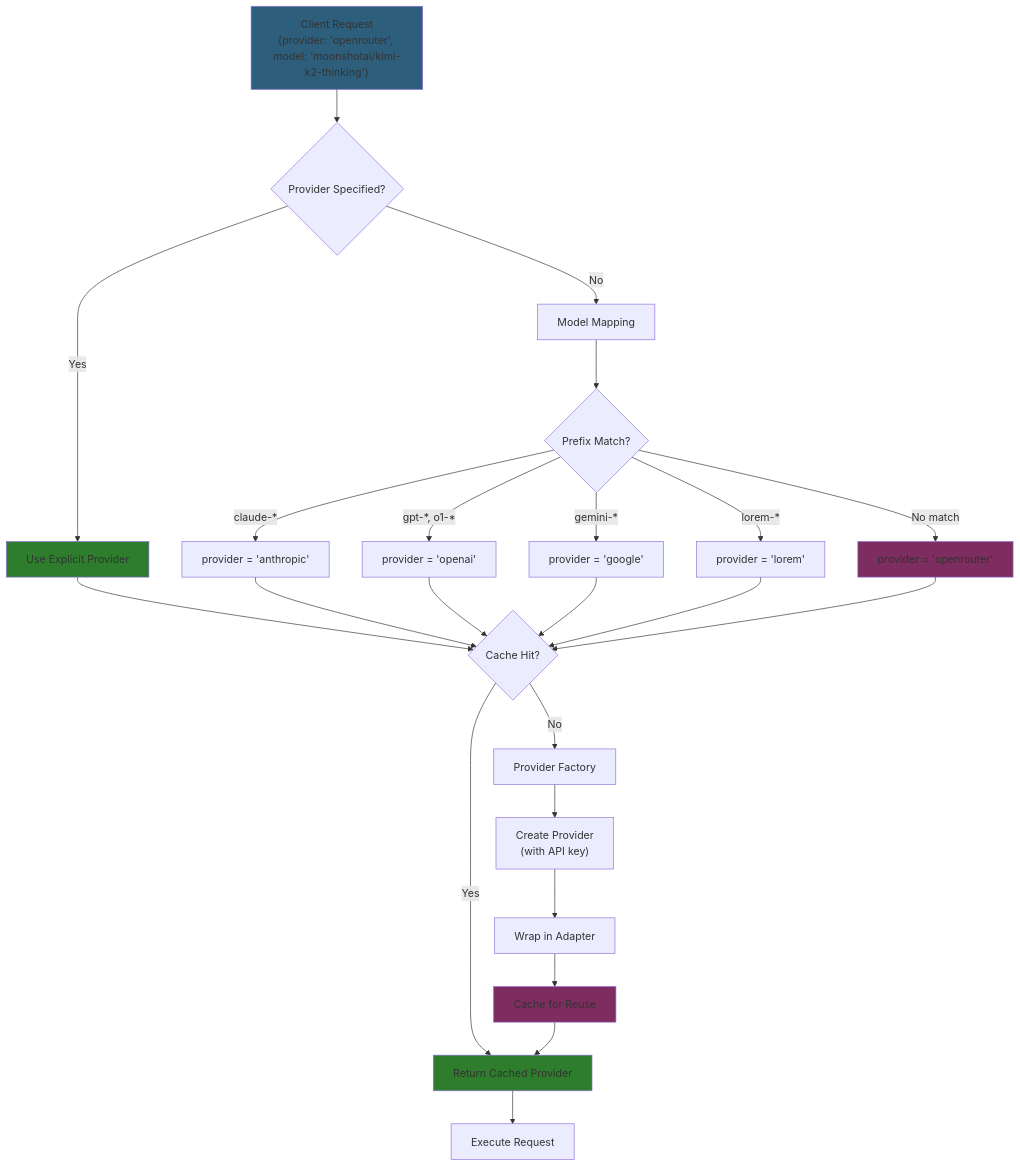
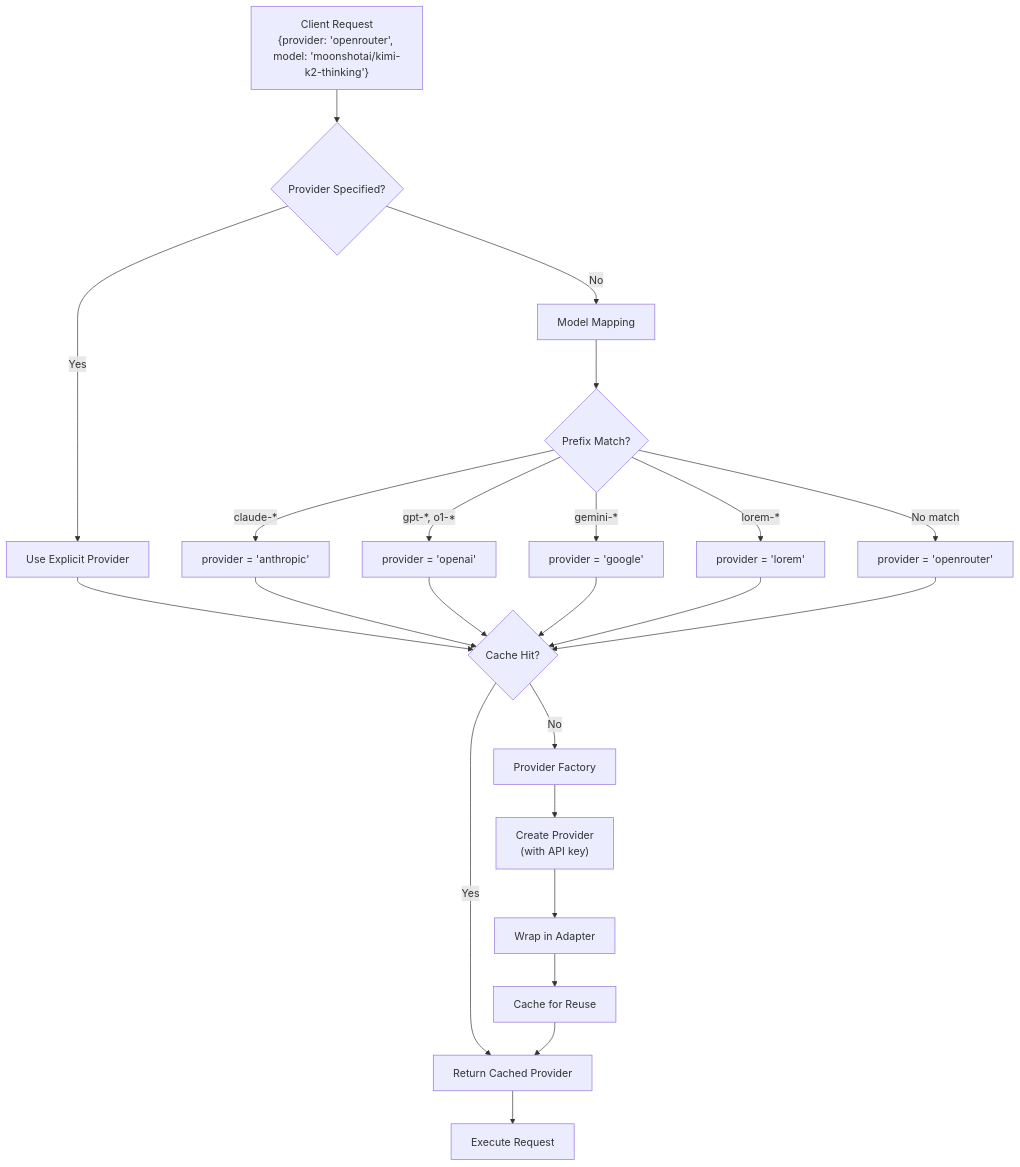
The diagram in _docs/technical/backend/provider-routing.md (haowjy/meridian-flow), drawn with Mermaid before and after one commit. The commit also changed 46 other files, not shown here.

````diff
--- a/_docs/technical/backend/provider-routing.md
+++ b/_docs/technical/backend/provider-routing.md
@@ -16,36 +16,31 @@
 ```mermaid
 graph TD
     A["Client Request<br/>{provider: 'openrouter', model: 'moonshotai/kimi-k2-thinking'}"] --> B{Provider Specified?}
     B -->|Yes| C[Use Explicit Provider]
     B -->|No| D[Model Mapping]
 
     D --> E{Prefix Match?}
     E -->|claude-*| F[provider = 'anthropic']
     E -->|gpt-*, o1-*| G[provider = 'openai']
     E -->|gemini-*| H[provider = 'google']
     E -->|lorem-*| I[provider = 'lorem']
     E -->|No match| J[provider = 'openrouter']
 
     C --> K{Cache Hit?}
     F --> K
     G --> K
     H --> K
     I --> K
     J --> K
 
     K -->|Yes| L[Return Cached Provider]
     K -->|No| M[Provider Factory]
 
     M --> N["Create Provider<br/>(with API key)"]
     N --> O[Wrap in Adapter]
     O --> P[Cache for Reuse]
     P --> L
 
     L --> Q[Execute Request]
 
-    style A fill:#2d5f7d
-    style C fill:#2d7d2d
-    style J fill:#7d2d5f
-    style L fill:#2d7d2d
-    style P fill:#7d2d5f
 ```
````
